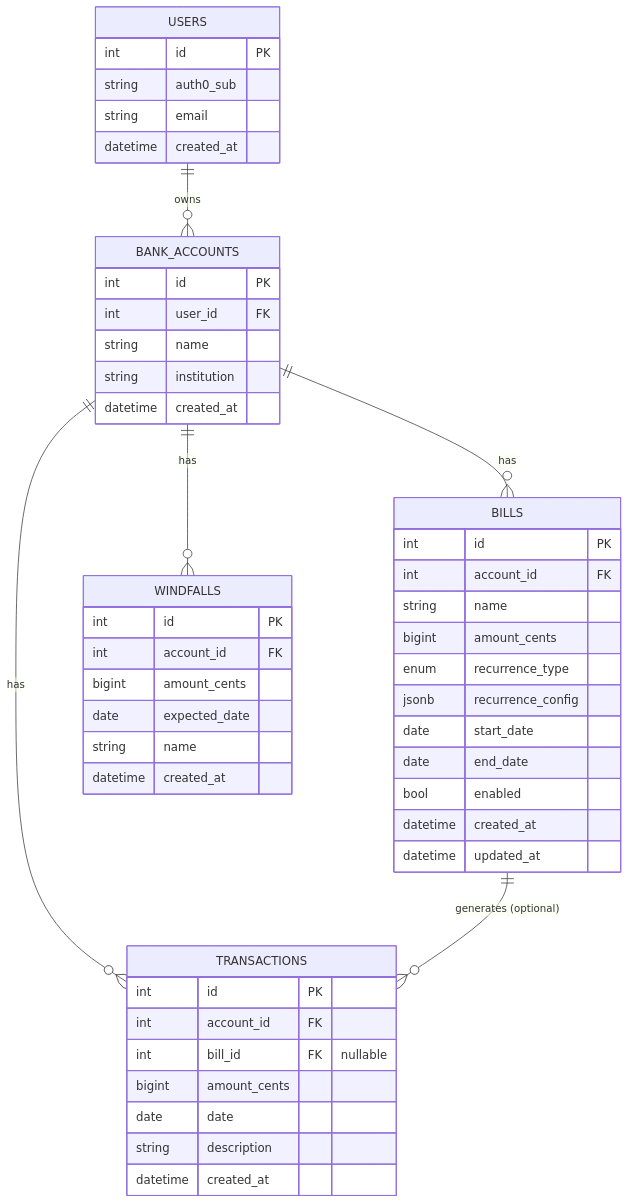
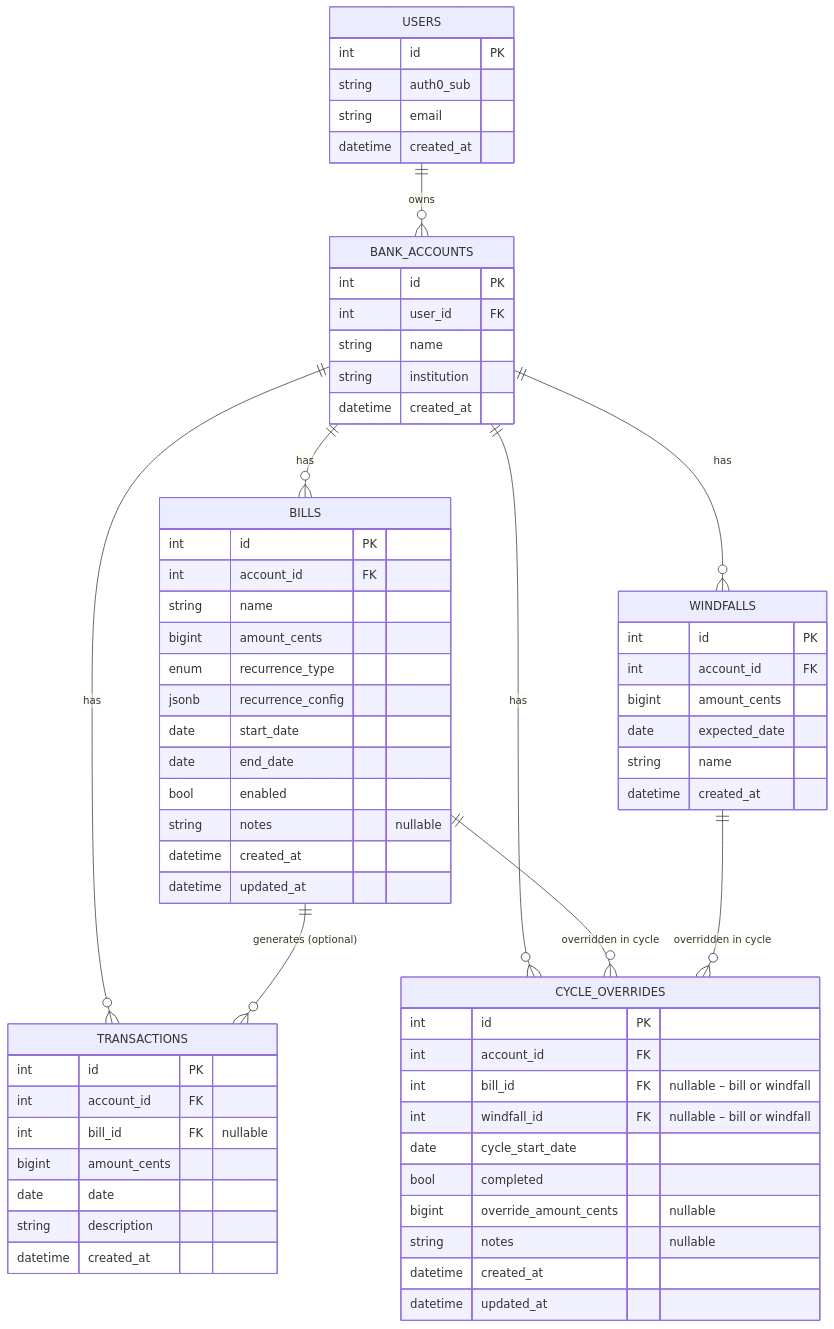
One commit to kenhowardpdx/tally changed the diagram in docs/ROADMAP.md. Above: the diagram before and after it, drawn with Mermaid. The commit also changed other lines of this file, not shown here.

Commit message:
docs: extend roadmap for cycle snapshot overrides, notes, and bill history (#89)

````diff
--- a/docs/ROADMAP.md
+++ b/docs/ROADMAP.md
@@ -79,52 +81,68 @@
 ```mermaid
 erDiagram
     USERS ||--o{ BANK_ACCOUNTS : owns
     BANK_ACCOUNTS ||--o{ BILLS : has
     BANK_ACCOUNTS ||--o{ TRANSACTIONS : has
     BANK_ACCOUNTS ||--o{ WINDFALLS : has
+    BANK_ACCOUNTS ||--o{ CYCLE_OVERRIDES : has
     BILLS ||--o{ TRANSACTIONS : "generates (optional)"
+    BILLS ||--o{ CYCLE_OVERRIDES : "overridden in cycle"
+    WINDFALLS ||--o{ CYCLE_OVERRIDES : "overridden in cycle"
 
     USERS {
         int id PK
         string auth0_sub
         string email
         datetime created_at
     }
     BANK_ACCOUNTS {
         int id PK
         int user_id FK
         string name
         string institution
         datetime created_at
     }
     BILLS {
         int id PK
         int account_id FK
         string name
         bigint amount_cents
         enum recurrence_type
         jsonb recurrence_config
         date start_date
         date end_date
         bool enabled
+        string notes "nullable"
         datetime created_at
         datetime updated_at
     }
     TRANSACTIONS {
         int id PK
         int account_id FK
         int bill_id FK "nullable"
         bigint amount_cents
         date date
         string description
         datetime created_at
     }
     WINDFALLS {
         int id PK
         int account_id FK
         bigint amount_cents
         date expected_date
         string name
         datetime created_at
     }
+    CYCLE_OVERRIDES {
+        int id PK
+        int account_id FK
+        int bill_id FK "nullable – bill or windfall"
+        int windfall_id FK "nullable – bill or windfall"
+        date cycle_start_date
+        bool completed
+        bigint override_amount_cents "nullable"
+        string notes "nullable"
+        datetime created_at
+        datetime updated_at
+    }
 ```
````
